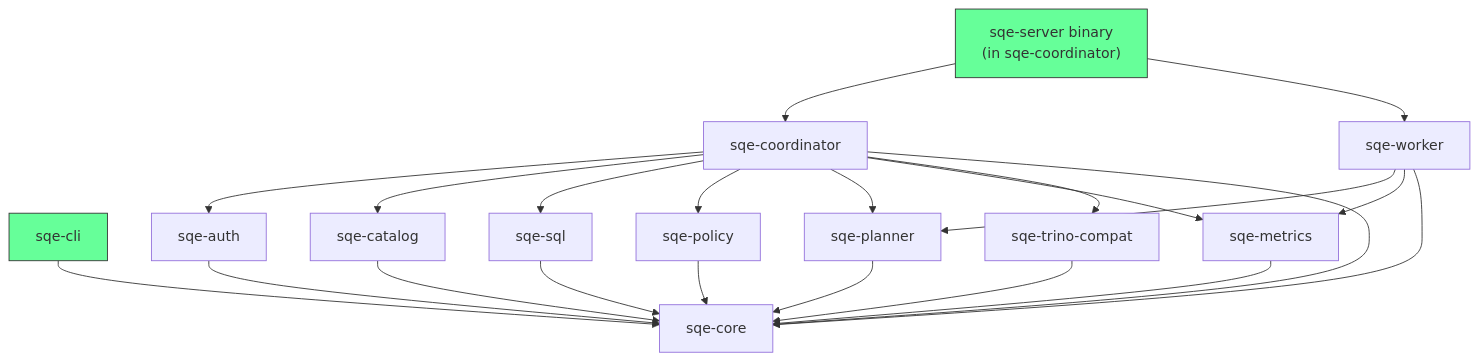
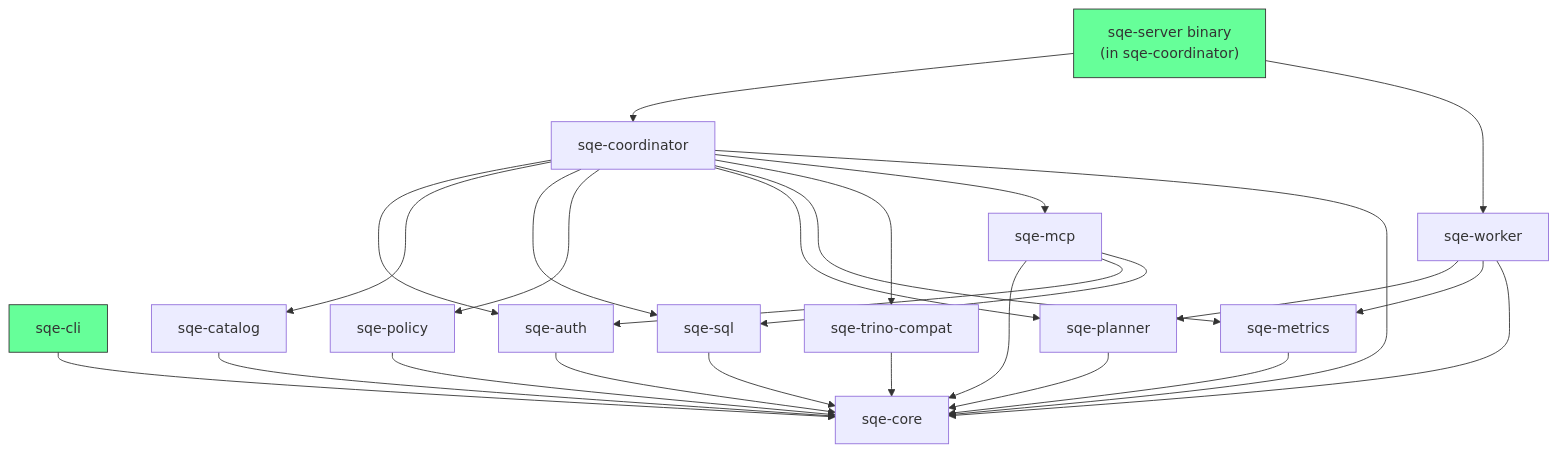
One commit to schubergphilis/sqe changed the diagram in docs/site/book/src/development/crates.md. Above: the diagram before and after it, drawn with Mermaid. The commit also changed other lines of this file and 48 other files, not shown here.

````diff
--- a/docs/site/book/src/development/crates.md
+++ b/docs/site/book/src/development/crates.md
@@ -7,34 +7,38 @@
 ```mermaid
 graph TB
     SERVER["sqe-server binary<br/>(in sqe-coordinator)"]
     CLI["sqe-cli"]
 
     SERVER --> COORD["sqe-coordinator"]
     SERVER --> WORKER["sqe-worker"]
 
     COORD --> AUTH["sqe-auth"]
     COORD --> CAT["sqe-catalog"]
     COORD --> SQL["sqe-sql"]
     COORD --> POLICY["sqe-policy"]
     COORD --> PLANNER["sqe-planner"]
     COORD --> METRICS["sqe-metrics"]
     COORD --> TRINO["sqe-trino-compat"]
+    COORD --> MCP["sqe-mcp"]
     COORD --> CORE["sqe-core"]
 
     WORKER --> PLANNER
     WORKER --> METRICS
     WORKER --> CORE
 
     AUTH --> CORE
     CAT --> CORE
     SQL --> CORE
     POLICY --> CORE
     PLANNER --> CORE
     METRICS --> CORE
     TRINO --> CORE
+    MCP --> CORE
+    MCP --> AUTH
+    MCP --> SQL
 
     CLI --> CORE
 
     style SERVER fill:#6f9,stroke:#333
     style CLI fill:#6f9,stroke:#333
 ```
````
